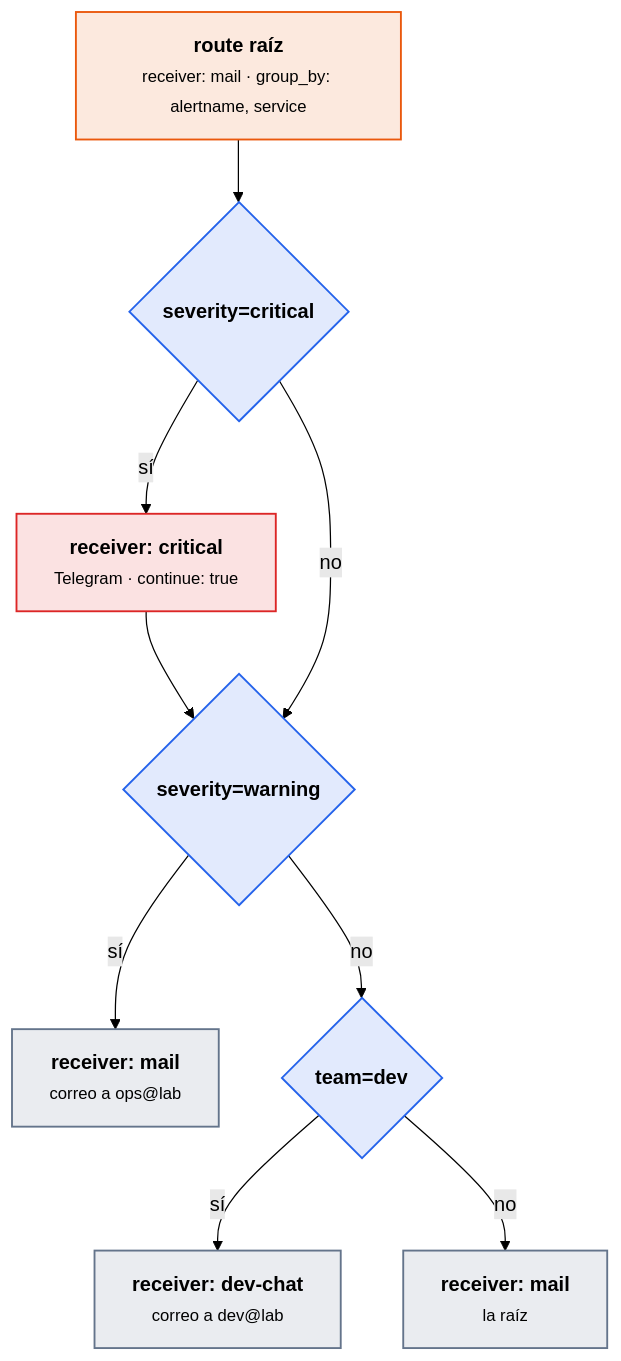
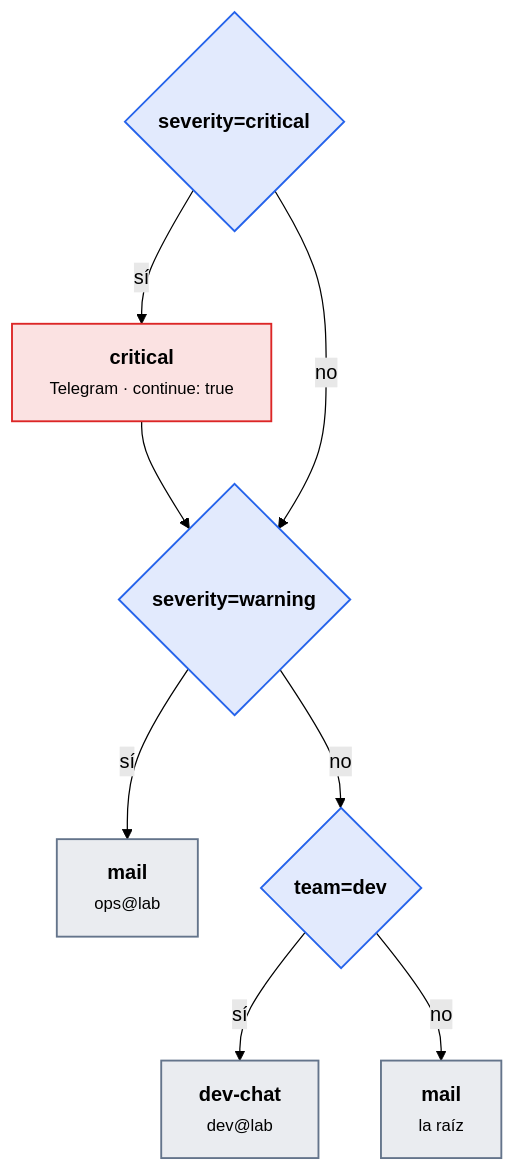
Before and after one commit to victor-educ/apuntes-5169: the fourth of 4 diagrams in docs/ut/ut2-alarmas.md, drawn with Mermaid (forest theme). The commit also changed other lines of this file and 3 other files, not shown here.

````diff
--- a/docs/ut/ut2-alarmas.md
+++ b/docs/ut/ut2-alarmas.md
@@ -696,24 +685,19 @@
 ```mermaid
-flowchart TD
-    ROOT["<b>route raíz</b><br><small>receiver: mail · group_by: alertname, service</small>"]:::act
+flowchart TB
     C{"<b>severity=critical</b>"}:::dato
-    CR["<b>receiver: critical</b><br><small>Telegram · continue: true</small>"]:::riesgo
+    CR["<b>critical</b><br><small>Telegram · continue: true</small>"]:::riesgo
     W{"<b>severity=warning</b>"}:::dato
-    MW["<b>receiver: mail</b><br><small>correo a ops@lab</small>"]:::pieza
+    MW["<b>mail</b><br><small>ops@lab</small>"]:::pieza
     D{"<b>team=dev</b>"}:::dato
-    DEV["<b>receiver: dev-chat</b><br><small>correo a dev@lab</small>"]:::pieza
-    MAIL["<b>receiver: mail</b><br><small>la raíz</small>"]:::pieza
-    ROOT --> C
+    DEV["<b>dev-chat</b><br><small>dev@lab</small>"]:::pieza
+    MAIL["<b>mail</b><br><small>la raíz</small>"]:::pieza
     C -- sí --> CR --> W
     C -- no --> W
     W -- sí --> MW
     W -- no --> D
     D -- sí --> DEV
     D -- no --> MAIL
-    classDef act fill:#ea580c22,stroke:#ea580c,stroke-width:1.5px
     classDef pieza fill:#64748b22,stroke:#64748b,stroke-width:1.5px
     classDef dato fill:#2563eb22,stroke:#2563eb,stroke-width:1.5px
-    classDef infra fill:#a1a1aa14,stroke:#a1a1aa,stroke-width:1.5px
-    classDef ok fill:#16a34a22,stroke:#16a34a,stroke-width:1.5px
     classDef riesgo fill:#dc262622,stroke:#dc2626,stroke-width:1.5px
 ```
````
